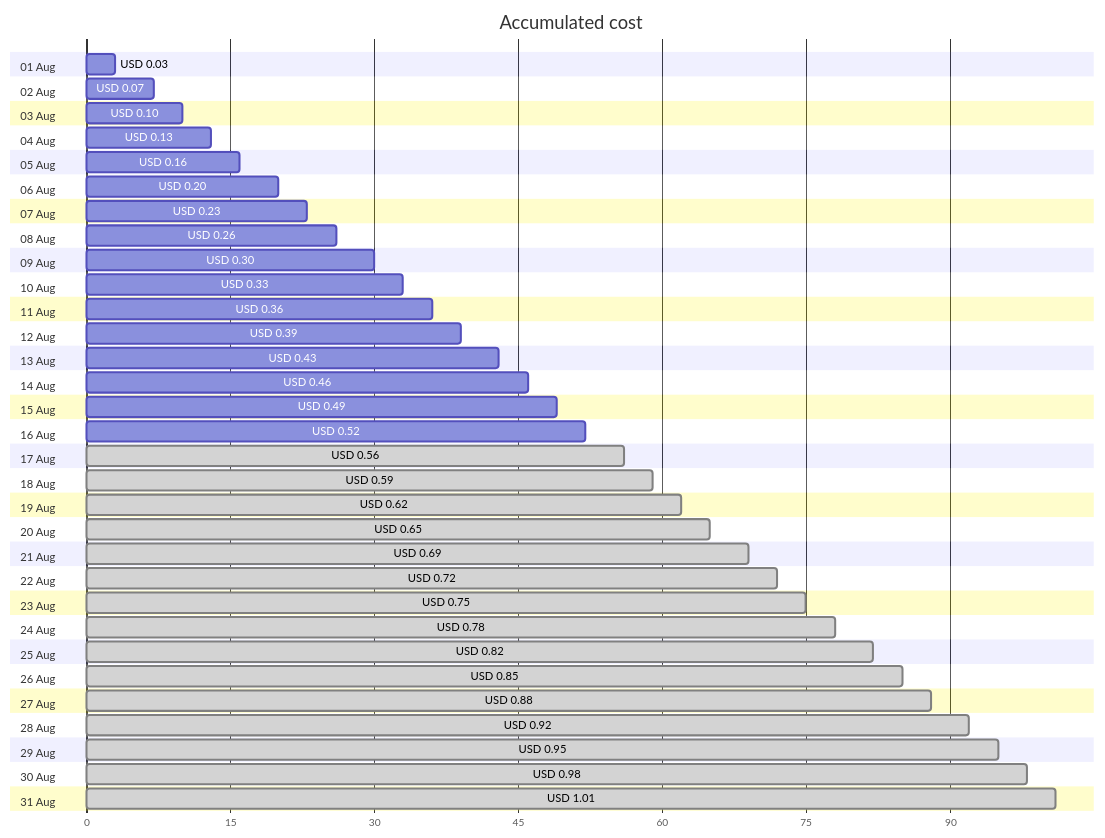
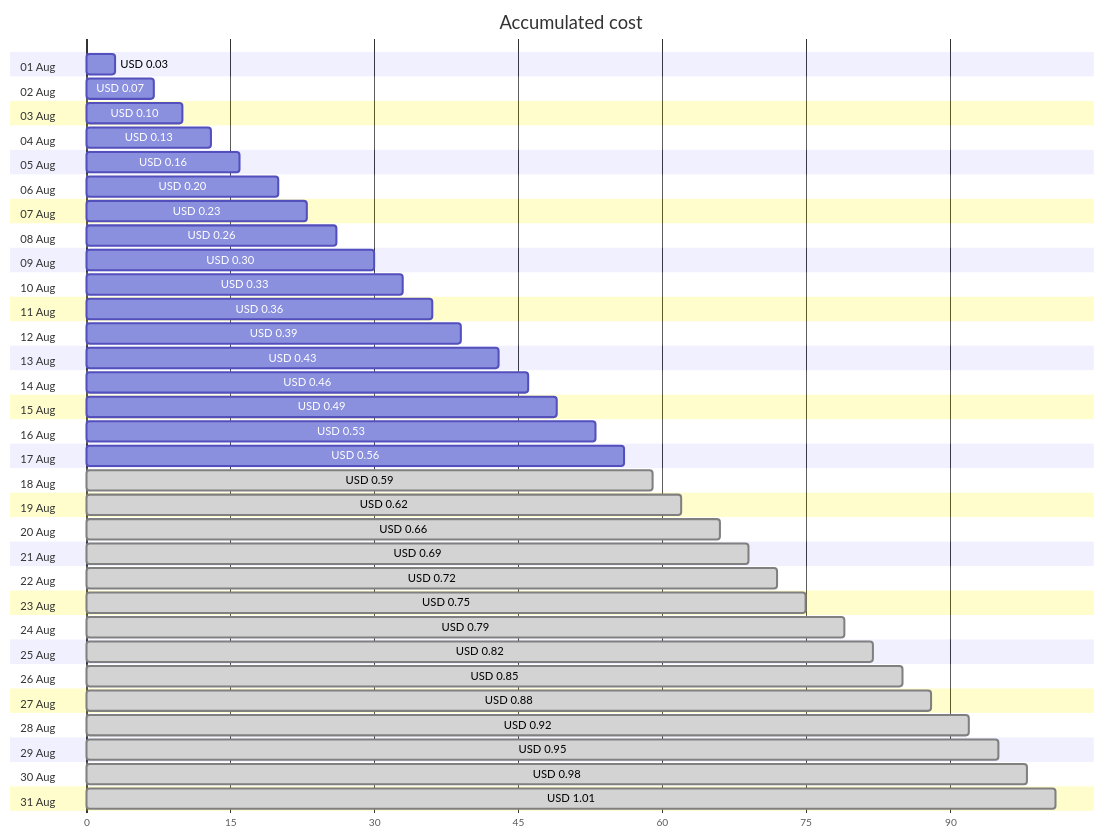
The first of 4 diagrams in cost-reports/personal-dns/README.md (jpfulton/azure-personal-reports), drawn with Mermaid before and after one commit. The commit also changed other lines of this file and 2 other files, not shown here.

````diff
--- a/cost-reports/personal-dns/README.md
+++ b/cost-reports/personal-dns/README.md
@@ -20,68 +20,68 @@
 ```mermaid
 gantt
    title Accumulated cost
    dateFormat  X
    axisFormat %s
    section 01 Aug
    USD 0.03 :0, 3
    section 02 Aug
    USD 0.07 :0, 7
    section 03 Aug
    USD 0.10 :0, 10
    section 04 Aug
    USD 0.13 :0, 13
    section 05 Aug
    USD 0.16 :0, 16
    section 06 Aug
    USD 0.20 :0, 20
    section 07 Aug
    USD 0.23 :0, 23
    section 08 Aug
    USD 0.26 :0, 26
    section 09 Aug
    USD 0.30 :0, 30
    section 10 Aug
    USD 0.33 :0, 33
    section 11 Aug
    USD 0.36 :0, 36
    section 12 Aug
    USD 0.39 :0, 39
    section 13 Aug
    USD 0.43 :0, 43
    section 14 Aug
    USD 0.46 :0, 46
    section 15 Aug
    USD 0.49 :0, 49
    section 16 Aug
-   USD 0.52 :0, 52
+   USD 0.53 :0, 53
    section 17 Aug
-   USD 0.56 : done, 0, 56
+   USD 0.56 :0, 56
    section 18 Aug
    USD 0.59 : done, 0, 59
    section 19 Aug
    USD 0.62 : done, 0, 62
    section 20 Aug
-   USD 0.65 : done, 0, 65
+   USD 0.66 : done, 0, 66
    section 21 Aug
    USD 0.69 : done, 0, 69
    section 22 Aug
    USD 0.72 : done, 0, 72
    section 23 Aug
    USD 0.75 : done, 0, 75
    section 24 Aug
-   USD 0.78 : done, 0, 78
+   USD 0.79 : done, 0, 79
    section 25 Aug
    USD 0.82 : done, 0, 82
    section 26 Aug
    USD 0.85 : done, 0, 85
    section 27 Aug
    USD 0.88 : done, 0, 88
    section 28 Aug
    USD 0.92 : done, 0, 92
    section 29 Aug
    USD 0.95 : done, 0, 95
    section 30 Aug
    USD 0.98 : done, 0, 98
    section 31 Aug
    USD 1.01 : done, 0, 101
 ```
````
